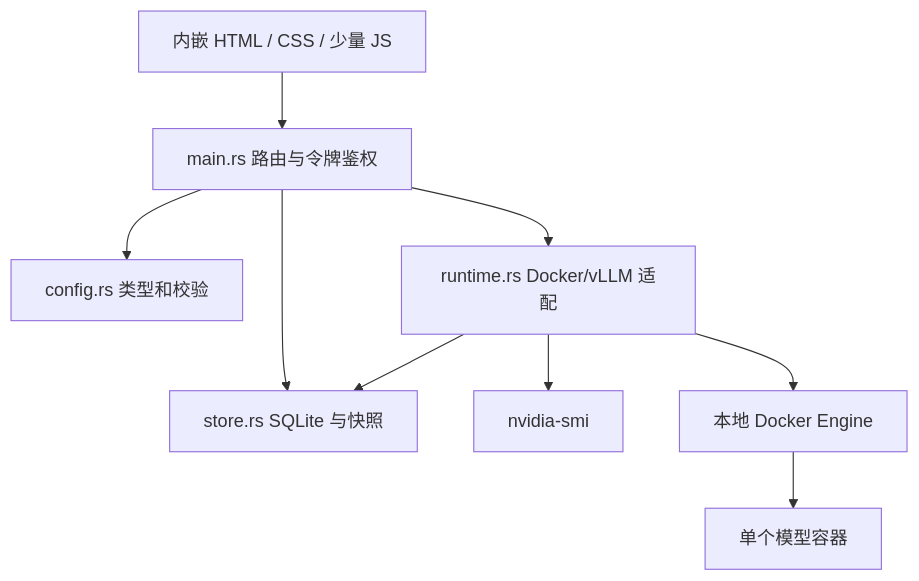
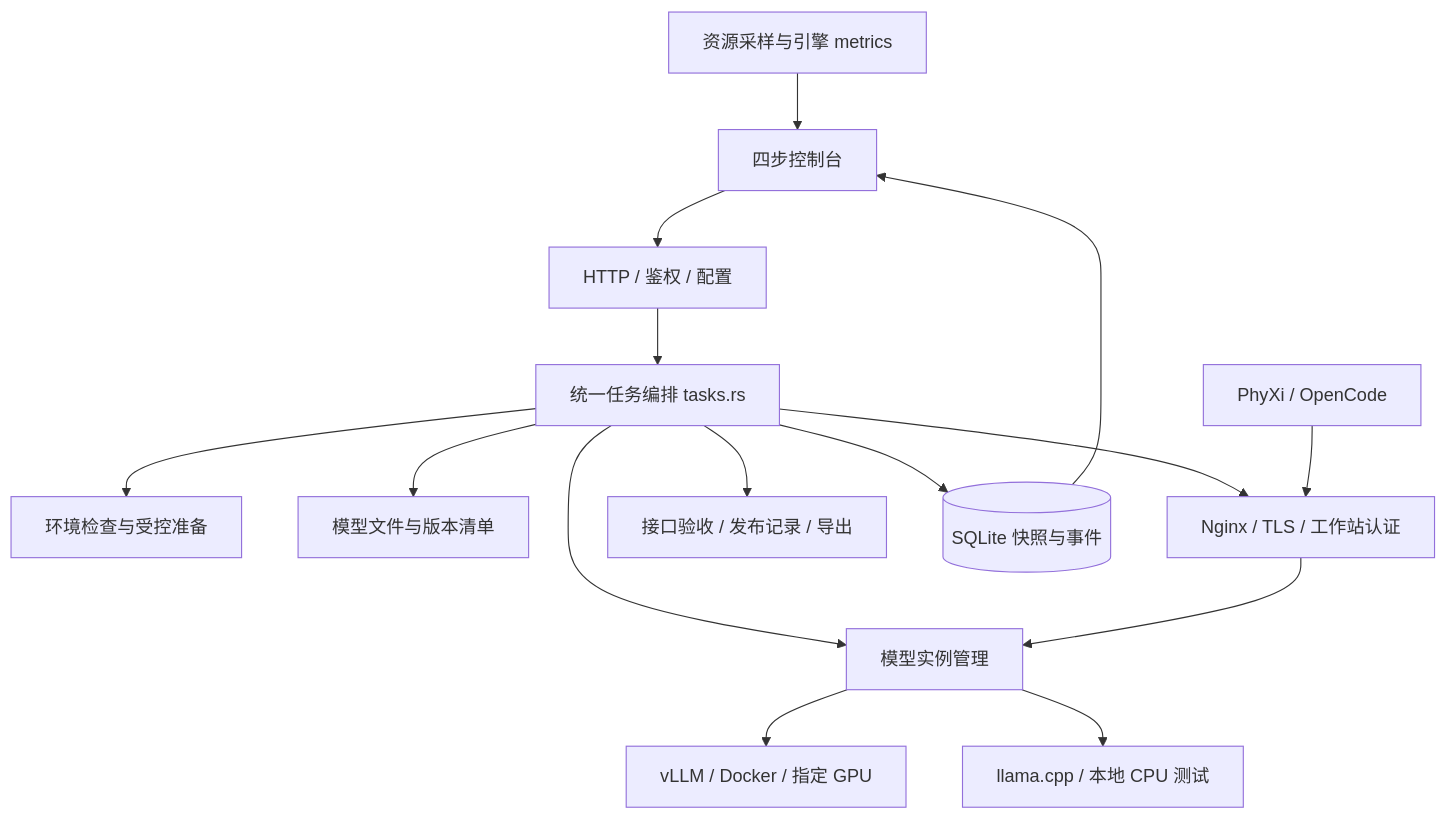
Before and after one commit to BY-Elysia/phyxi-enterprise-deploy: the diagram in docs/architecture.md, drawn with Mermaid. The commit also changed other lines of this file and 29 other files, not shown here.

````diff
--- a/docs/architecture.md
+++ b/docs/architecture.md
@@ -7,11 +9,17 @@
 ```mermaid
-flowchart TD
-    UI[内嵌 HTML / CSS / 少量 JS] --> HTTP[main.rs 路由与令牌鉴权]
-    HTTP --> CFG[config.rs 类型和校验]
-    HTTP --> DB[store.rs SQLite 与快照]
-    HTTP --> RUN[runtime.rs Docker/vLLM 适配]
-    RUN --> GPU[nvidia-smi]
-    RUN --> DOCKER[本地 Docker Engine]
-    RUN --> DB
-    DOCKER --> MODEL[单个模型容器]
+flowchart TB
+ UI[四步控制台] --> API[HTTP / 鉴权 / 配置]
+ API --> TASK[统一任务编排 tasks.rs]
+ TASK --> ENV[环境检查与受控准备]
+ TASK --> ART[模型文件与版本清单]
+ TASK --> MODEL[模型实例管理]
+ MODEL --> V[vLLM / Docker / 指定 GPU]
+ MODEL --> L[llama.cpp / 本地 CPU 测试]
+ TASK --> GW[Nginx / TLS / 工作站认证]
+ TASK --> VERIFY[接口验收 / 发布记录 / 导出]
+ TASK --> DB[(SQLite 快照与事件)]
+ DB --> UI
+ OBS[资源采样与引擎 metrics] --> UI
+ CLIENT[PhyXi / OpenCode] --> GW
+ GW --> MODEL
 ```
````
